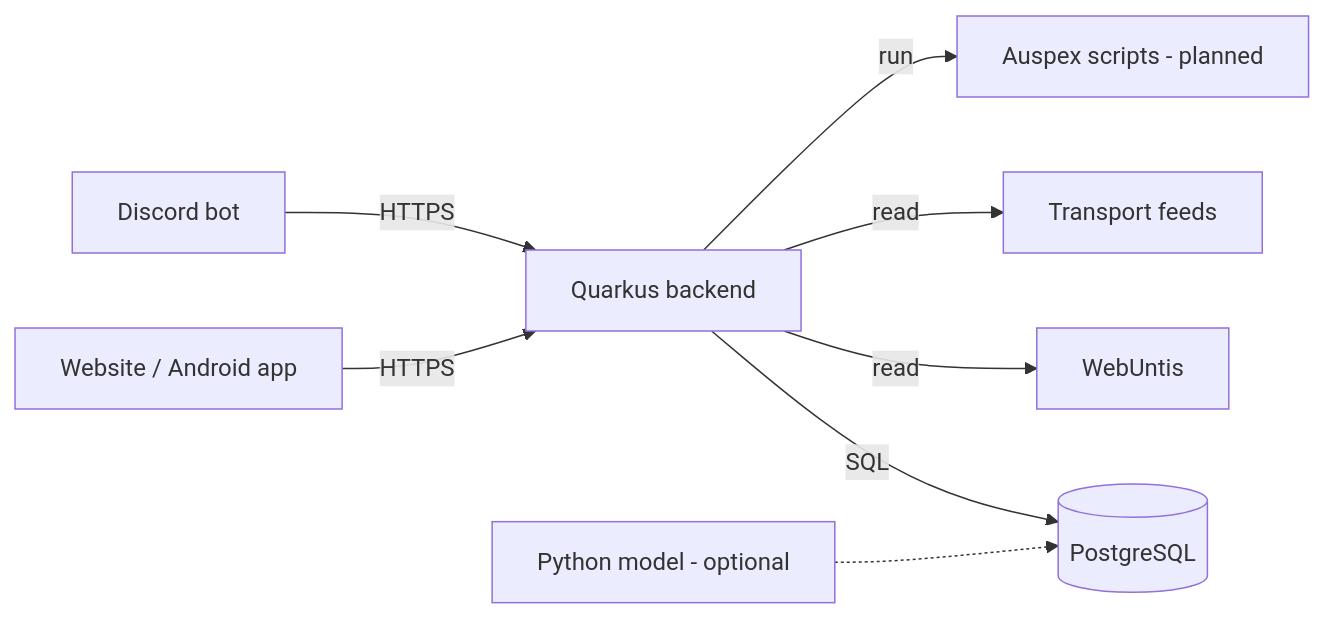
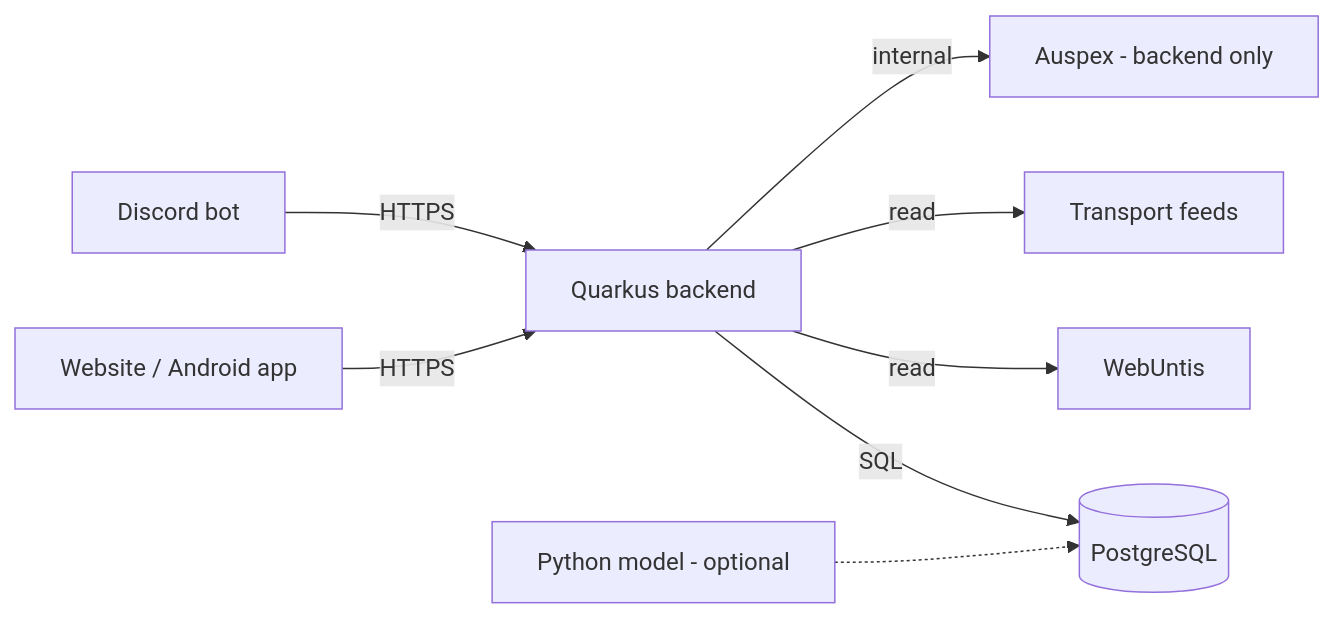
Diagram 18 of 18 in docs/LeoWay-System-Specification.md (LPuehringerStudent/LeoWay), drawn with Mermaid before and after one commit. The commit also changed other lines of this file and 2 other files, not shown here.

Commit message:
docs: correct Auspex to backend only and clarify application domain

````diff
--- a/docs/LeoWay-System-Specification.md
+++ b/docs/LeoWay-System-Specification.md
@@ -713,11 +695,11 @@
 ```mermaid
 %% architecture
 flowchart LR
   App[Website / Android app] -- HTTPS --> API[Quarkus backend]
   Bot[Discord bot] -- HTTPS --> API
   API -- SQL --> DB[(PostgreSQL)]
   API -- read --> W[WebUntis]
   API -- read --> T[Transport feeds]
-  API -- run --> Rules[Auspex scripts - planned]
+  API -- internal --> Rules[Auspex - backend only]
   ML[Python model - optional] -.-> DB
 ```
````
